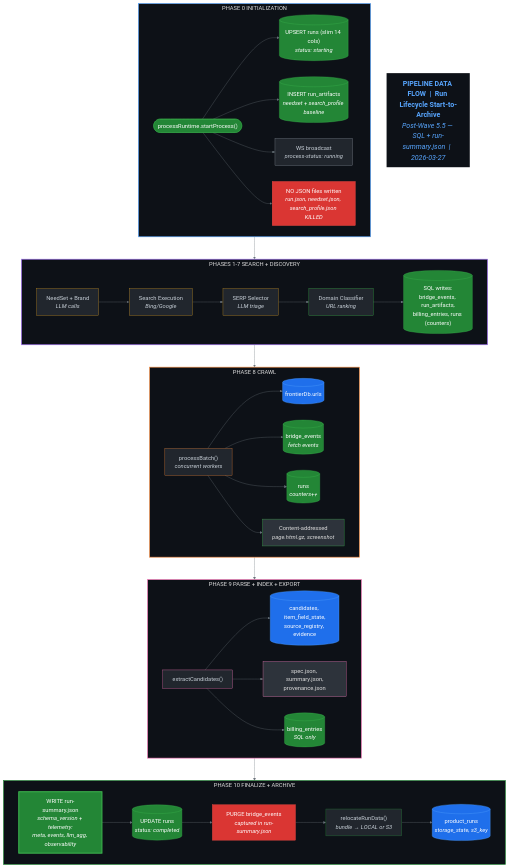
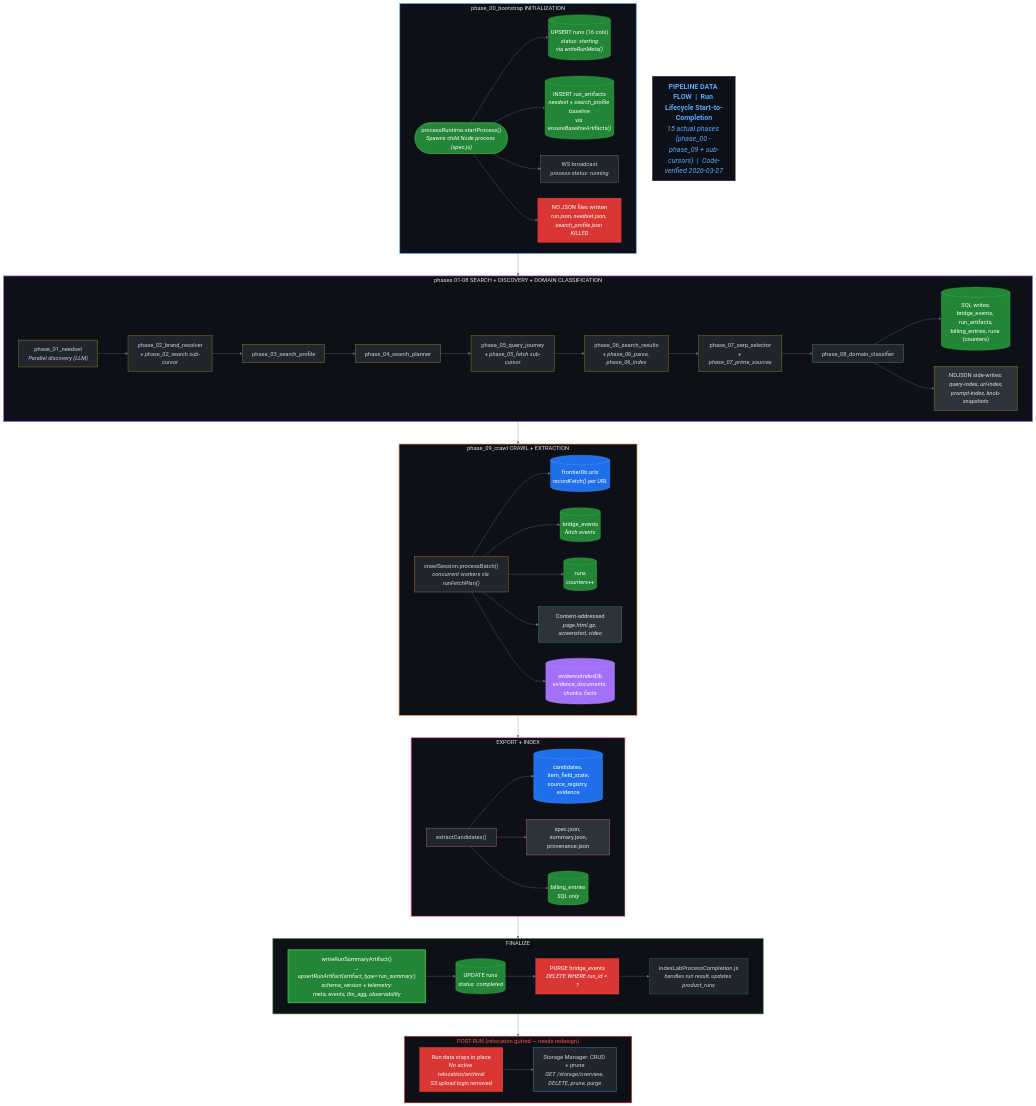
The diagram in docs/implementation/sql-full-migration/PIPELINE-DATA-FLOW.mmd (CdubVentures/Spec-Factory), drawn with Mermaid before and after one commit. The commit also changed 130 other files, not shown here.

```diff
--- a/docs/implementation/sql-full-migration/PIPELINE-DATA-FLOW.mmd
+++ b/docs/implementation/sql-full-migration/PIPELINE-DATA-FLOW.mmd
@@ -1,135 +1,161 @@
 %%{init: {
   "theme": "base",
   "themeVariables": {
     "fontSize": "18px",
     "primaryColor": "#1a1a2e",
     "primaryTextColor": "#e0e0e0",
     "primaryBorderColor": "#4a90d9",
     "lineColor": "#6c757d",
     "secondaryColor": "#16213e",
     "tertiaryColor": "#0f3460",
     "background": "#0d1117",
     "mainBkg": "#161b22",
     "nodeBorder": "#4a90d9",
     "clusterBkg": "#161b22",
     "clusterBorder": "#30363d",
     "titleColor": "#e0e0e0",
     "edgeLabelBackground": "#0d1117",
     "nodeTextColor": "#e0e0e0"
   },
   "flowchart": {
     "nodeSpacing": 50,
     "rankSpacing": 70,
     "curve": "basis",
     "padding": 15
   }
 }}%%
 
 flowchart TB
 
-  title["<b>PIPELINE DATA FLOW  |  Run Lifecycle Start-to-Archive</b><br/><i>Post-Wave 5.5 — SQL + run-summary.json  |  2026-03-27</i>"]
+  title["<b>PIPELINE DATA FLOW  |  Run Lifecycle Start-to-Completion</b><br/><i>15 actual phases (phase_00 - phase_09 + sub-cursors)  |  Code-verified 2026-03-27</i>"]
   style title fill:#0d1117,stroke:none,color:#58a6ff,font-size:22px
 
-  %% ===== PHASE 0: INITIALIZATION =====
-  subgraph P0["PHASE 0  INITIALIZATION"]
+  %% ===== PHASE 00: BOOTSTRAP =====
+  subgraph P00["phase_00_bootstrap  INITIALIZATION"]
     direction LR
-    p0_start(["processRuntime.startProcess()"])
-    p0_runsql[("UPSERT runs (slim 14 cols)<br/><i>status: starting</i>")]
-    p0_artifacts[("INSERT run_artifacts<br/><i>needset + search_profile baseline</i>")]
+    p0_start(["processRuntime.startProcess()<br/><i>Spawns child Node process (spec.js)</i>"])
+    p0_runsql[("UPSERT runs (16 cols)<br/><i>status: starting<br/>via writeRunMeta()</i>")]
+    p0_artifacts[("INSERT run_artifacts<br/><i>needset + search_profile baseline<br/>via ensureBaselineArtifacts()</i>")]
     p0_ws["WS broadcast<br/><i>process-status: running</i>"]
     p0_nofiles["NO JSON files written<br/><i>run.json, needset.json, search_profile.json KILLED</i>"]
 
     p0_start --> p0_runsql
     p0_start --> p0_artifacts
     p0_start --> p0_ws
     p0_start --> p0_nofiles
   end
-  style P0 fill:#0d1117,stroke:#58a6ff,color:#e0e0e0,stroke-width:2px
+  style P00 fill:#0d1117,stroke:#58a6ff,color:#e0e0e0,stroke-width:2px
   style p0_start fill:#238636,stroke:#3fb950,color:#fff
   style p0_runsql fill:#238636,stroke:#3fb950,color:#fff
   style p0_artifacts fill:#238636,stroke:#3fb950,color:#fff
   style p0_ws fill:#21262d,stroke:#8b949e,color:#c9d1d9
   style p0_nofiles fill:#da3633,stroke:#f85149,color:#fff
 
-  %% ===== PHASES 1-7: SEARCH + DISCOVERY =====
-  subgraph P17["PHASES 1-7  SEARCH + DISCOVERY"]
+  %% ===== PHASES 01-08: SEARCH + DISCOVERY =====
+  subgraph P18["phases 01-08  SEARCH + DISCOVERY + DOMAIN CLASSIFICATION"]
     direction LR
-    p1_needset["NeedSet + Brand<br/><i>LLM calls</i>"]
-    p2_search["Search Execution<br/><i>Bing/Google</i>"]
-    p3_serp["SERP Selector<br/><i>LLM triage</i>"]
-    p4_domain["Domain Classifier<br/><i>URL ranking</i>"]
+    p1_needset["phase_01_needset<br/><i>Parallel discovery (LLM)</i>"]
+    p2_brand["phase_02_brand_resolver<br/><i>+ phase_02_search sub-cursor</i>"]
+    p3_profile["phase_03_search_profile"]
+    p4_planner["phase_04_search_planner"]
+    p5_query["phase_05_query_journey<br/><i>+ phase_05_fetch sub-cursor</i>"]
+    p6_results["phase_06_search_results<br/><i>+ phase_06_parse, phase_06_index</i>"]
+    p7_serp["phase_07_serp_selector<br/><i>+ phase_07_prime_sources</i>"]
+    p8_domain["phase_08_domain_classifier"]
 
-    p17_sql[("SQL writes:<br/>bridge_events, run_artifacts,<br/>billing_entries, runs (counters)")]
+    p18_sql[("SQL writes:<br/>bridge_events, run_artifacts,<br/>billing_entries, runs (counters)")]
+    p18_ndjson["NDJSON side-writes:<br/><i>query-index, url-index,<br/>prompt-index, knob-snapshots</i>"]
 
-    p1_needset --> p2_search --> p3_serp --> p4_domain
-    p4_domain --> p17_sql
+    p1_needset --> p2_brand --> p3_profile --> p4_planner
+    p4_planner --> p5_query --> p6_results --> p7_serp --> p8_domain
+    p8_domain --> p18_sql
+    p8_domain --> p18_ndjson
   end
-  style P17 fill:#0d1117,stroke:#a371f7,color:#e0e0e0,stroke-width:2px
+  style P18 fill:#0d1117,stroke:#a371f7,color:#e0e0e0,stroke-width:2px
   style p1_needset fill:#21262d,stroke:#d29922,color:#c9d1d9
-  style p2_search fill:#21262d,stroke:#d29922,color:#c9d1d9
-  style p3_serp fill:#21262d,stroke:#d29922,color:#c9d1d9
-  style p4_domain fill:#21262d,stroke:#3fb950,color:#c9d1d9
-  style p17_sql fill:#238636,stroke:#3fb950,color:#fff
+  style p2_brand fill:#21262d,stroke:#d29922,color:#c9d1d9
+  style p3_profile fill:#21262d,stroke:#d29922,color:#c9d1d9
+  style p4_planner fill:#21262d,stroke:#d29922,color:#c9d1d9
+  style p5_query fill:#21262d,stroke:#d29922,color:#c9d1d9
+  style p6_results fill:#21262d,stroke:#d29922,color:#c9d1d9
+  style p7_serp fill:#21262d,stroke:#d29922,color:#c9d1d9
+  style p8_domain fill:#21262d,stroke:#3fb950,color:#c9d1d9
+  style p18_sql fill:#238636,stroke:#3fb950,color:#fff
+  style p18_ndjson fill:#2d333b,stroke:#d29922,color:#e0e0e0
 
-  %% ===== PHASE 8: CRAWL =====
-  subgraph P8["PHASE 8  CRAWL"]
+  %% ===== PHASE 09: CRAWL =====
+  subgraph P09["phase_09_crawl  CRAWL + EXTRACTION"]
     direction LR
-    p8_batch["processBatch()<br/><i>concurrent workers</i>"]
-    p8_frontier[("frontierDb.urls")]
-    p8_events[("bridge_events<br/><i>fetch events</i>")]
-    p8_runs[("runs<br/><i>counters++</i>")]
-    p8_binaries["Content-addressed<br/><i>page.html.gz, screenshot</i>"]
+    p9_batch["crawlSession.processBatch()<br/><i>concurrent workers via runFetchPlan()</i>"]
+    p9_frontier[("frontierDb.urls<br/><i>recordFetch() per URL</i>")]
+    p9_events[("bridge_events<br/><i>fetch events</i>")]
+    p9_runs[("runs<br/><i>counters++</i>")]
+    p9_binaries["Content-addressed<br/><i>page.html.gz, screenshot, video</i>"]
+    p9_evidence[("evidenceIndexDb<br/><i>evidence_documents, chunks, facts</i>")]
 
-    p8_batch --> p8_frontier
-    p8_batch --> p8_events
-    p8_batch --> p8_runs
-    p8_batch --> p8_binaries
+    p9_batch --> p9_frontier
+    p9_batch --> p9_events
+    p9_batch --> p9_runs
+    p9_batch --> p9_binaries
+    p9_batch --> p9_evidence
   end
-  style P8 fill:#0d1117,stroke:#f0883e,color:#e0e0e0,stroke-width:2px
-  style p8_batch fill:#21262d,stroke:#f0883e,color:#c9d1d9
-  style p8_frontier fill:#1f6feb,stroke:#58a6ff,color:#fff
-  style p8_events fill:#238636,stroke:#3fb950,color:#fff
-  style p8_runs fill:#238636,stroke:#3fb950,color:#fff
-  style p8_binaries fill:#2d333b,stroke:#3fb950,color:#e0e0e0
+  style P09 fill:#0d1117,stroke:#f0883e,color:#e0e0e0,stroke-width:2px
+  style p9_batch fill:#21262d,stroke:#f0883e,color:#c9d1d9
+  style p9_frontier fill:#1f6feb,stroke:#58a6ff,color:#fff
+  style p9_events fill:#238636,stroke:#3fb950,color:#fff
+  style p9_runs fill:#238636,stroke:#3fb950,color:#fff
+  style p9_binaries fill:#2d333b,stroke:#3fb950,color:#e0e0e0
+  style p9_evidence fill:#a371f7,stroke:#bc8cff,color:#fff
 
-  %% ===== PHASE 9: PARSE + INDEX =====
-  subgraph P9["PHASE 9  PARSE + INDEX + EXPORT"]
+  %% ===== EXPORT =====
+  subgraph EXPORT["EXPORT + INDEX"]
     direction LR
-    p9_parse["extractCandidates()"]
-    p9_specdb[("candidates, item_field_state,<br/>source_registry, evidence")]
-    p9_export["spec.json, summary.json,<br/>provenance.json"]
-    p9_billing[("billing_entries<br/><i>SQL only</i>")]
+    exp_parse["extractCandidates()"]
+    exp_specdb[("candidates, item_field_state,<br/>source_registry, evidence")]
+    exp_output["spec.json, summary.json,<br/>provenance.json"]
+    exp_billing[("billing_entries<br/><i>SQL only</i>")]
 
-    p9_parse --> p9_specdb
-    p9_parse --> p9_export
-    p9_parse --> p9_billing
+    exp_parse --> exp_specdb
+    exp_parse --> exp_output
+    exp_parse --> exp_billing
   end
-  style P9 fill:#0d1117,stroke:#f778ba,color:#e0e0e0,stroke-width:2px
-  style p9_parse fill:#21262d,stroke:#f778ba,color:#c9d1d9
-  style p9_specdb fill:#1f6feb,stroke:#58a6ff,color:#fff
-  style p9_export fill:#2d333b,stroke:#f778ba,color:#e0e0e0
-  style p9_billing fill:#238636,stroke:#3fb950,color:#fff
+  style EXPORT fill:#0d1117,stroke:#f778ba,color:#e0e0e0,stroke-width:2px
+  style exp_parse fill:#21262d,stroke:#f778ba,color:#c9d1d9
+  style exp_specdb fill:#1f6feb,stroke:#58a6ff,color:#fff
+  style exp_output fill:#2d333b,stroke:#f778ba,color:#e0e0e0
+  style exp_billing fill:#238636,stroke:#3fb950,color:#fff
 
-  %% ===== PHASE 10: FINALIZE + ARCHIVE =====
-  subgraph P10["PHASE 10  FINALIZE + ARCHIVE"]
+  %% ===== FINALIZE =====
+  subgraph FINALIZE["FINALIZE"]
     direction LR
-    p10_summary["WRITE run-summary.json<br/><i>schema_version + telemetry:<br/>meta, events, llm_agg, observability</i>"]
-    p10_runsql[("UPDATE runs<br/><i>status: completed</i>")]
-    p10_purge["PURGE bridge_events<br/><i>captured in run-summary.json</i>"]
-    p10_relocate["relocateRunData()<br/><i>bundle → LOCAL or S3</i>"]
-    p10_dbupdate[("product_runs<br/><i>storage_state, s3_key</i>")]
+    fin_summary["writeRunSummaryArtifact()<br/><i>→ upsertRunArtifact(artifact_type='run_summary')<br/>schema_version + telemetry:<br/>meta, events, llm_agg, observability</i>"]
+    fin_runsql[("UPDATE runs<br/><i>status: completed</i>")]
+    fin_purge["PURGE bridge_events<br/><i>DELETE WHERE run_id = ?</i>"]
+    fin_complete["indexLabProcessCompletion.js<br/><i>handles run result, updates product_runs</i>"]
 
-    p10_summary --> p10_runsql --> p10_purge --> p10_relocate --> p10_dbupdate
+    fin_summary --> fin_runsql --> fin_purge --> fin_complete
   end
-  style P10 fill:#0d1117,stroke:#238636,color:#e0e0e0,stroke-width:2px
-  style p10_summary fill:#238636,stroke:#3fb950,color:#fff,stroke-width:3px
-  style p10_runsql fill:#238636,stroke:#3fb950,color:#fff
-  style p10_purge fill:#da3633,stroke:#f85149,color:#fff
-  style p10_relocate fill:#21262d,stroke:#238636,color:#c9d1d9
-  style p10_dbupdate fill:#1f6feb,stroke:#58a6ff,color:#fff
+  style FINALIZE fill:#0d1117,stroke:#238636,color:#e0e0e0,stroke-width:2px
+  style fin_summary fill:#238636,stroke:#3fb950,color:#fff,stroke-width:3px
+  style fin_runsql fill:#238636,stroke:#3fb950,color:#fff
+  style fin_purge fill:#da3633,stroke:#f85149,color:#fff
+  style fin_complete fill:#21262d,stroke:#238636,color:#c9d1d9
+
+  %% ===== POST-RUN =====
+  subgraph POSTRUN["POST-RUN  (relocation gutted — needs redesign)"]
+    direction LR
+    post_note["Run data stays in place<br/><i>No active relocation/archival<br/>S3 upload logic removed</i>"]
+    post_storage["Storage Manager: CRUD + prune<br/><i>GET /storage/overview, DELETE, prune, purge</i>"]
+
+    post_note --> post_storage
+  end
+  style POSTRUN fill:#0d1117,stroke:#da3633,color:#f85149,stroke-width:2px
+  style post_note fill:#da3633,stroke:#f85149,color:#fff
+  style post_storage fill:#21262d,stroke:#58a6ff,color:#c9d1d9
 
   %% ===== FLOW =====
-  P0 --> P17
-  P17 --> P8
-  P8 --> P9
-  P9 --> P10
+  P00 --> P18
+  P18 --> P09
+  P09 --> EXPORT
+  EXPORT --> FINALIZE
+  FINALIZE --> POSTRUN
```
